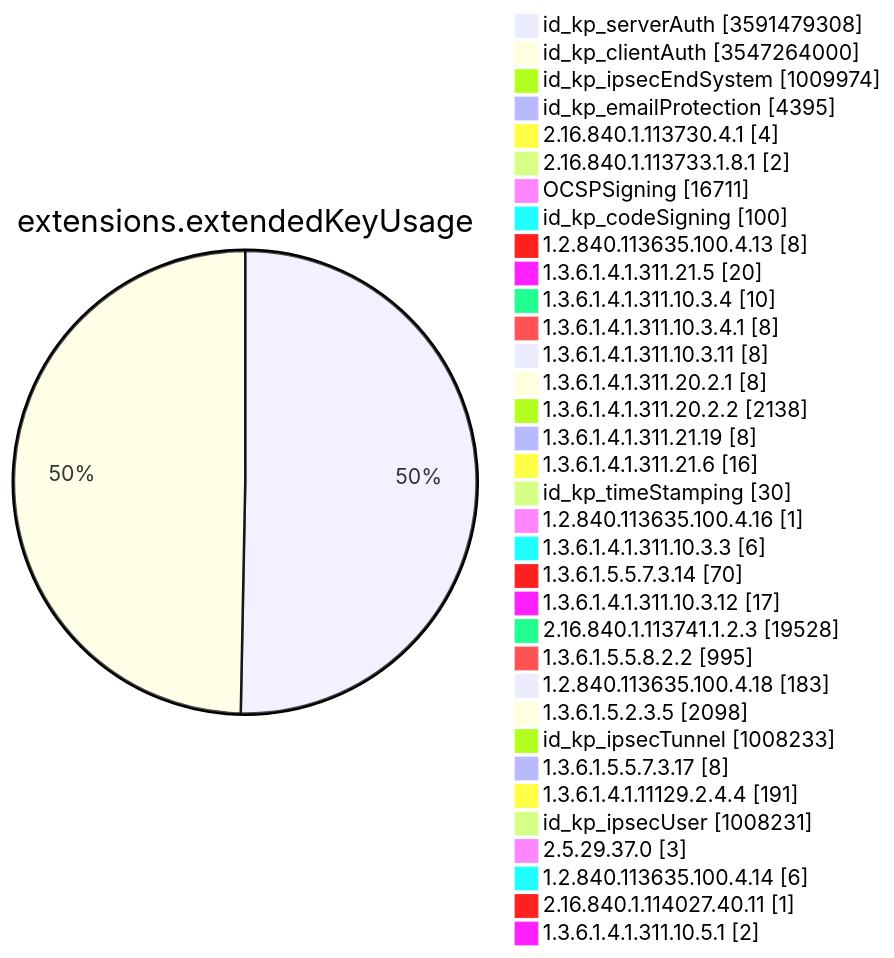
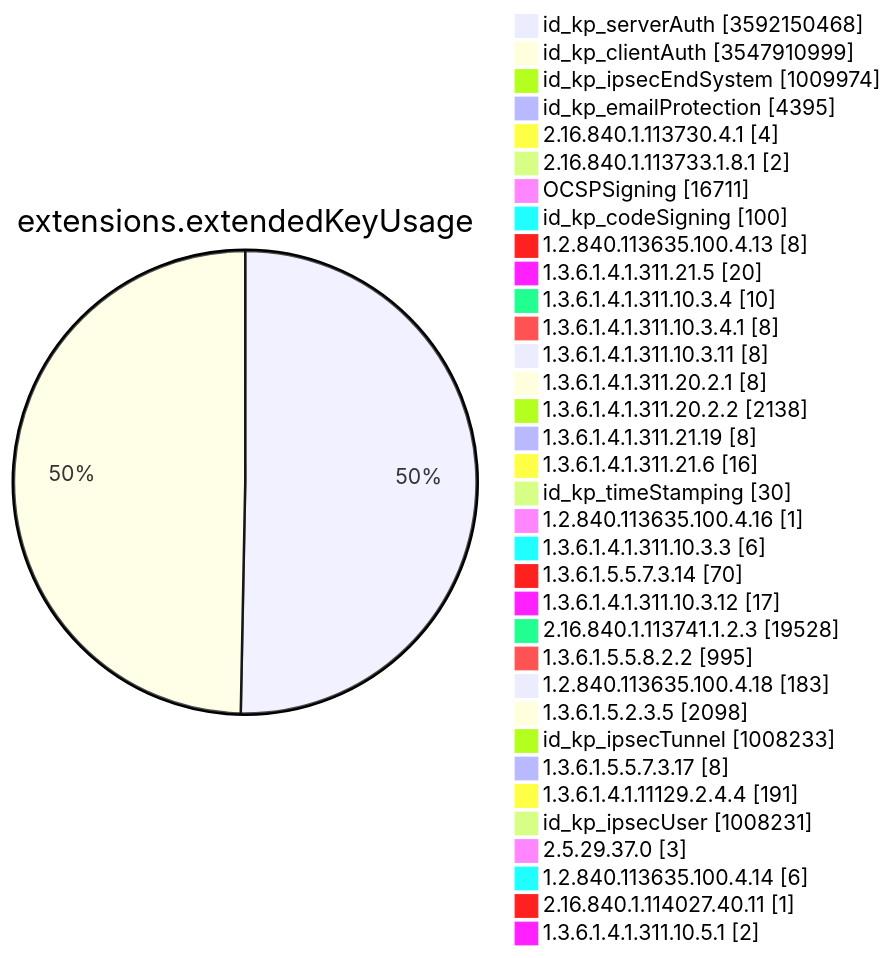
Before and after one commit to christiankrug/ctmonitor_visualization: diagram 11 of 15 in TOTAL/README.md, drawn with Mermaid. The commit also changed other lines of this file, not shown here.

````diff
--- a/TOTAL/README.md
+++ b/TOTAL/README.md
@@ -4128,38 +4128,38 @@
 ```mermaid
 pie showData
 title extensions.extendedKeyUsage
-"id_kp_serverAuth" :3591479308
-"id_kp_clientAuth" :3547264000
+"id_kp_serverAuth" :3592150468
+"id_kp_clientAuth" :3547910999
 "id_kp_ipsecEndSystem" :1009974
 "id_kp_emailProtection" :4395
 "2.16.840.1.113730.4.1" :4
 "2.16.840.1.113733.1.8.1" :2
 "OCSPSigning" :16711
 "id_kp_codeSigning" :100
 "1.2.840.113635.100.4.13" :8
 "1.3.6.1.4.1.311.21.5" :20
 "1.3.6.1.4.1.311.10.3.4" :10
 "1.3.6.1.4.1.311.10.3.4.1" :8
 "1.3.6.1.4.1.311.10.3.11" :8
 "1.3.6.1.4.1.311.20.2.1" :8
 "1.3.6.1.4.1.311.20.2.2" :2138
 "1.3.6.1.4.1.311.21.19" :8
 "1.3.6.1.4.1.311.21.6" :16
 "id_kp_timeStamping" :30
 "1.2.840.113635.100.4.16" :1
 "1.3.6.1.4.1.311.10.3.3" :6
 "1.3.6.1.5.5.7.3.14" :70
 "1.3.6.1.4.1.311.10.3.12" :17
 "2.16.840.1.113741.1.2.3" :19528
 "1.3.6.1.5.5.8.2.2" :995
 "1.2.840.113635.100.4.18" :183
 "1.3.6.1.5.2.3.5" :2098
 "id_kp_ipsecTunnel" :1008233
 "1.3.6.1.5.5.7.3.17" :8
 "1.3.6.1.4.1.11129.2.4.4" :191
 "id_kp_ipsecUser" :1008231
 "2.5.29.37.0" :3
 "1.2.840.113635.100.4.14" :6
 "2.16.840.1.114027.40.11" :1
 "1.3.6.1.4.1.311.10.5.1" :2
 ```
````
